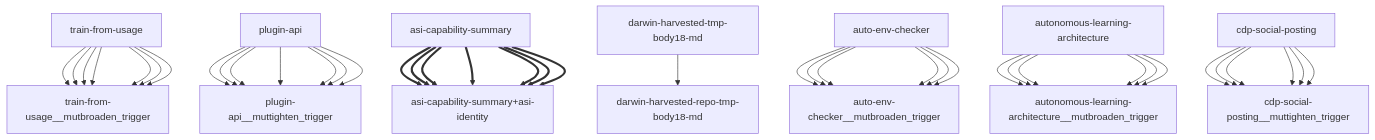
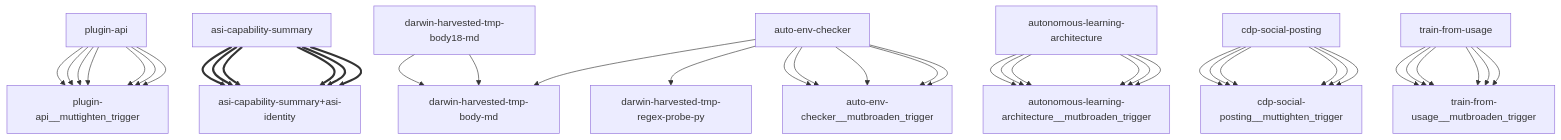
One commit to openamer/openamer changed the diagram in reports/darwin-report.md. Above: the diagram before and after it, drawn with Mermaid. The commit also changed other lines of this file and 22 other files, not shown here.

````diff
--- a/reports/darwin-report.md
+++ b/reports/darwin-report.md
@@ -69,43 +67,43 @@
 ```mermaid
 graph TD
-    train-from-usage["train-from-usage"] --> train-from-usage__mutbroaden_trigger["train-from-usage__mutbroaden_trigger"]
     plugin-api["plugin-api"] --> plugin-api__muttighten_trigger["plugin-api__muttighten_trigger"]
     asi-capability-summary["asi-capability-summary"] ==> asi-capability-summary+asi-identity["asi-capability-summary+asi-identity"]
-    darwin-harvested-tmp-body18-md["darwin-harvested-tmp-body18-md"] --> darwin-harvested-repo-tmp-body18-md["darwin-harvested-repo-tmp-body18-md"]
+    auto-env-checker["auto-env-checker"] --> darwin-harvested-tmp-body-md["darwin-harvested-tmp-body-md"]
+    auto-env-checker["auto-env-checker"] --> darwin-harvested-tmp-regex-probe-py["darwin-harvested-tmp-regex-probe-py"]
     auto-env-checker["auto-env-checker"] --> auto-env-checker__mutbroaden_trigger["auto-env-checker__mutbroaden_trigger"]
     autonomous-learning-architecture["autonomous-learning-architecture"] --> autonomous-learning-architecture__mutbroaden_trigger["autonomous-learning-architecture__mutbroaden_trigger"]
     cdp-social-posting["cdp-social-posting"] --> cdp-social-posting__muttighten_trigger["cdp-social-posting__muttighten_trigger"]
     train-from-usage["train-from-usage"] --> train-from-usage__mutbroaden_trigger["train-from-usage__mutbroaden_trigger"]
     plugin-api["plugin-api"] --> plugin-api__muttighten_trigger["plugin-api__muttighten_trigger"]
-    asi-capability-summary["asi-capability-summary"] ==> asi-capability-summary+asi-identity["asi-capability-summary+asi-identity"]
-    auto-env-checker["auto-env-checker"] --> auto-env-checker__mutbroaden_trigger["auto-env-checker__mutbroaden_trigger"]
     autonomous-learning-architecture["autonomous-learning-architecture"] --> autonomous-learning-architecture__mutbroaden_trigger["autonomous-learning-architecture__mutbroaden_trigger"]
     cdp-social-posting["cdp-social-posting"] --> cdp-social-posting__muttighten_trigger["cdp-social-posting__muttighten_trigger"]
     train-from-usage["train-from-usage"] --> train-from-usage__mutbroaden_trigger["train-from-usage__mutbroaden_trigger"]
     plugin-api["plugin-api"] --> plugin-api__muttighten_trigger["plugin-api__muttighten_trigger"]
     asi-capability-summary["asi-capability-summary"] ==> asi-capability-summary+asi-identity["asi-capability-summary+asi-identity"]
+    darwin-harvested-tmp-body18-md["darwin-harvested-tmp-body18-md"] --> darwin-harvested-tmp-body-md["darwin-harvested-tmp-body-md"]
+    darwin-harvested-tmp-body18-md["darwin-harvested-tmp-body18-md"] --> darwin-harvested-tmp-body-md["darwin-harvested-tmp-body-md"]
     auto-env-checker["auto-env-checker"] --> auto-env-checker__mutbroaden_trigger["auto-env-checker__mutbroaden_trigger"]
     autonomous-learning-architecture["autonomous-learning-architecture"] --> autonomous-learning-architecture__mutbroaden_trigger["autonomous-learning-architecture__mutbroaden_trigger"]
     cdp-social-posting["cdp-social-posting"] --> cdp-social-posting__muttighten_trigger["cdp-social-posting__muttighten_trigger"]
     train-from-usage["train-from-usage"] --> train-from-usage__mutbroaden_trigger["train-from-usage__mutbroaden_trigger"]
     plugin-api["plugin-api"] --> plugin-api__muttighten_trigger["plugin-api__muttighten_trigger"]
     asi-capability-summary["asi-capability-summary"] ==> asi-capability-summary+asi-identity["asi-capability-summary+asi-identity"]
     auto-env-checker["auto-env-checker"] --> auto-env-checker__mutbroaden_trigger["auto-env-checker__mutbroaden_trigger"]
     autonomous-learning-architecture["autonomous-learning-architecture"] --> autonomous-learning-architecture__mutbroaden_trigger["autonomous-learning-architecture__mutbroaden_trigger"]
     cdp-social-posting["cdp-social-posting"] --> cdp-social-posting__muttighten_trigger["cdp-social-posting__muttighten_trigger"]
     train-from-usage["train-from-usage"] --> train-from-usage__mutbroaden_trigger["train-from-usage__mutbroaden_trigger"]
     plugin-api["plugin-api"] --> plugin-api__muttighten_trigger["plugin-api__muttighten_trigger"]
     asi-capability-summary["asi-capability-summary"] ==> asi-capability-summary+asi-identity["asi-capability-summary+asi-identity"]
     auto-env-checker["auto-env-checker"] --> auto-env-checker__mutbroaden_trigger["auto-env-checker__mutbroaden_trigger"]
     autonomous-learning-architecture["autonomous-learning-architecture"] --> autonomous-learning-architecture__mutbroaden_trigger["autonomous-learning-architecture__mutbroaden_trigger"]
     cdp-social-posting["cdp-social-posting"] --> cdp-social-posting__muttighten_trigger["cdp-social-posting__muttighten_trigger"]
     train-from-usage["train-from-usage"] --> train-from-usage__mutbroaden_trigger["train-from-usage__mutbroaden_trigger"]
     plugin-api["plugin-api"] --> plugin-api__muttighten_trigger["plugin-api__muttighten_trigger"]
     asi-capability-summary["asi-capability-summary"] ==> asi-capability-summary+asi-identity["asi-capability-summary+asi-identity"]
     auto-env-checker["auto-env-checker"] --> auto-env-checker__mutbroaden_trigger["auto-env-checker__mutbroaden_trigger"]
     autonomous-learning-architecture["autonomous-learning-architecture"] --> autonomous-learning-architecture__mutbroaden_trigger["autonomous-learning-architecture__mutbroaden_trigger"]
     cdp-social-posting["cdp-social-posting"] --> cdp-social-posting__muttighten_trigger["cdp-social-posting__muttighten_trigger"]
     train-from-usage["train-from-usage"] --> train-from-usage__mutbroaden_trigger["train-from-usage__mutbroaden_trigger"]
     plugin-api["plugin-api"] --> plugin-api__muttighten_trigger["plugin-api__muttighten_trigger"]
     asi-capability-summary["asi-capability-summary"] ==> asi-capability-summary+asi-identity["asi-capability-summary+asi-identity"]
 ```
````
